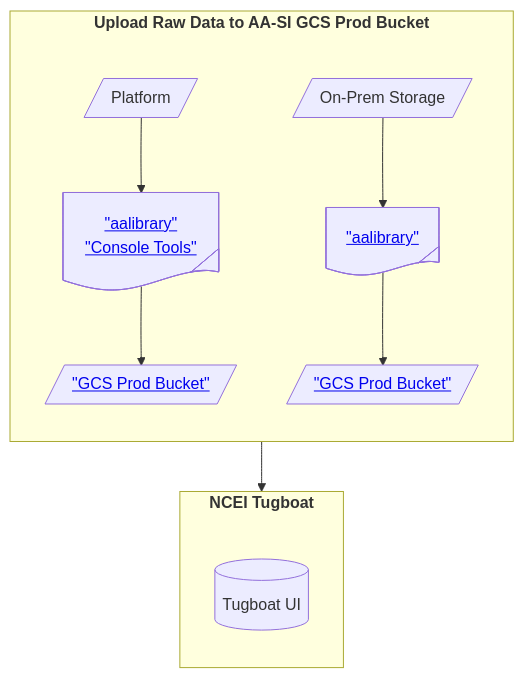
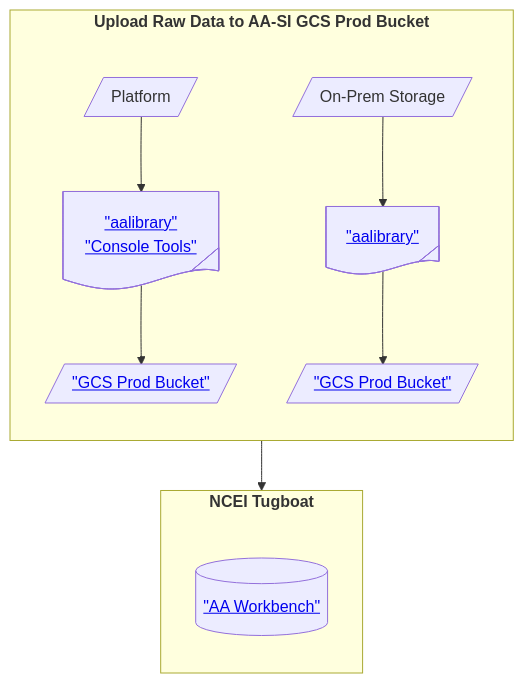
One commit to nmfs-ost/AA-SI_DataRoadMap changed the first of 5 diagrams in README.md. Above: the diagram before and after it, drawn with Mermaid.

Commit message:
Modify Tugboat UI node label with AA Workbench link
Updated link in Tugboat UI node to point to AA Workbench.

````diff
--- a/README.md
+++ b/README.md
@@ -83,20 +83,20 @@
 ```mermaid
 ---
 config:
     flowchart:
         subGraphTitleMargin:
             "bottom": 30
 ---
 flowchart TB
     subgraph SG_L-1_DataSource["<b>Upload Raw Data to AA-SI GCS Prod Bucket</b>"]
         direction TB
         node_L-1_SrcP@{shape: lean-r, label: "Platform"} --> node_L-1_AA1@{ shape: tag-doc, label: <a href="https://nmfs-ost.github.io/AA-SI_aalibrary/documentation/aalibrary" target="_blank"> "aalibrary"</a><br> <a href="https://github.com/nmfs-ost/AA-SI_ConsoleTools" target="_blank"> "Console Tools" </a> } --> node_L-1_GCS1@{shape: lean-r, label: <a href="https://console.cloud.google.com/storage/browser/ggn-nmfs-aa-prod-1-data;tab=objects?hl=en&inv=1&invt=Ab4KlQ&project=ggn-nmfs-aa-prod-1&pageState=(%22StorageObjectListTable%22:(%22f%22:%22%255B%255D%22))&prefix=&forceOnObjectsSortingFiltering=false" target="_blank"> "GCS Prod Bucket" </a> }
         node_L-1_SrcOP@{shape: lean-r, label: "On-Prem Storage"} --> node_L-1_AA2@{ shape: tag-doc, label: <a href="https://nmfs-ost.github.io/AA-SI_aalibrary/documentation/aalibrary" target="_blank"> "aalibrary"</a> } --> node_L-1_GCS2@{shape: lean-r, label: <a href="https://console.cloud.google.com/storage/browser/ggn-nmfs-aa-prod-1-data;tab=objects?hl=en&inv=1&invt=Ab4KlQ&project=ggn-nmfs-aa-prod-1&pageState=(%22StorageObjectListTable%22:(%22f%22:%22%255B%255D%22))&prefix=&forceOnObjectsSortingFiltering=false" target="_blank"> "GCS Prod Bucket" </a> }
         %%style node_SrcOMAO color:blue
     end
     subgraph SG_L-1_Tugboat["<b>NCEI Tugboat</b>"]
         direction TB
-        node_L-1_TB@{shape: database, label: 'Tugboat UI' }
+        node_L-1_TB@{shape: database, label: <a href="https://8000-w-michaeljech-mshk83ga.cluster-elnmuk7bnbbzqw4vcgtaay3c52.cloudworkstations.dev/?authuser=0"> "AA Workbench" </a> }
     end
     SG_L-1_DataSource --> SG_L-1_Tugboat
 ```
````
